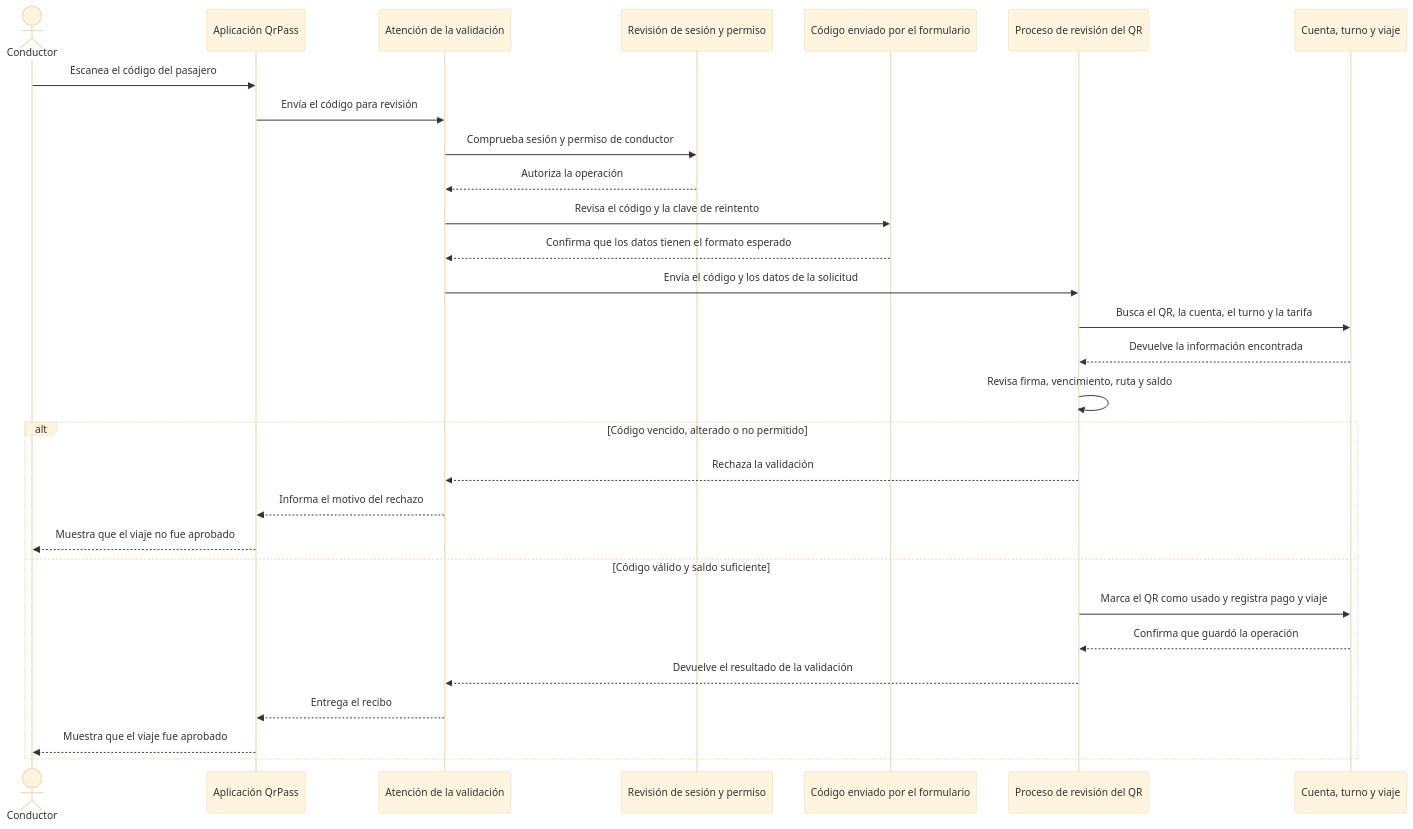
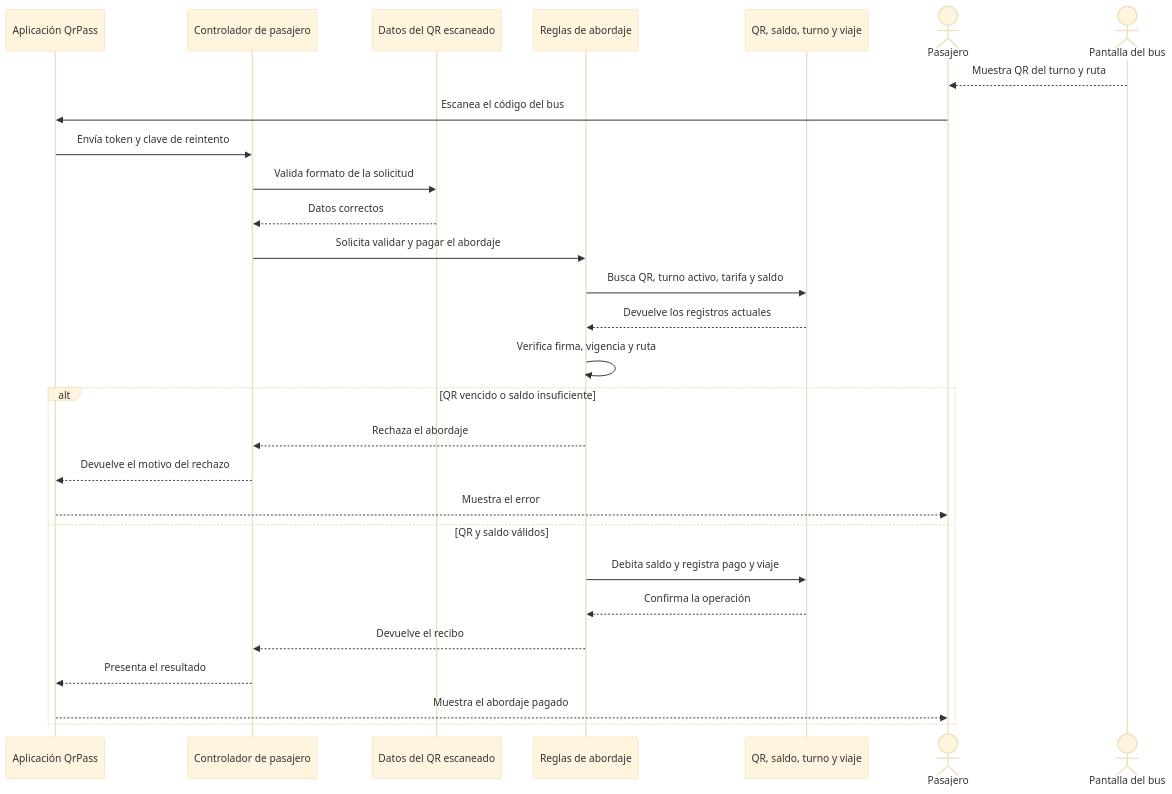
Before and after one commit to zNicolasDev/QrPass: the second of 4 diagrams in backend/docs/uml_mvc_y_entregables.md, drawn with Mermaid (base theme). The commit also changed other lines of this file and 17 other files, not shown here.

First line of the commit message:
Implementa pago con QR del bus y transbordo

````diff
--- a/backend/docs/uml_mvc_y_entregables.md
+++ b/backend/docs/uml_mvc_y_entregables.md
@@ -55,31 +54,30 @@
 ```mermaid
 sequenceDiagram
-    actor Conductor
     participant Aplicacion as Aplicación QrPass
-    participant Controlador as Atención de la validación
-    participant Acceso as Revisión de sesión y permiso
-    participant Solicitud as Código enviado por el formulario
-    participant Servicio as Proceso de revisión del QR
-    participant Datos as Cuenta, turno y viaje
-    Conductor->>Aplicacion: Escanea el código del pasajero
-    Aplicacion->>Controlador: Envía el código para revisión
-    Controlador->>Acceso: Comprueba sesión y permiso de conductor
-    Acceso-->>Controlador: Autoriza la operación
-    Controlador->>Solicitud: Revisa el código y la clave de reintento
-    Solicitud-->>Controlador: Confirma que los datos tienen el formato esperado
-    Controlador->>Servicio: Envía el código y los datos de la solicitud
-    Servicio->>Datos: Busca el QR, la cuenta, el turno y la tarifa
-    Datos-->>Servicio: Devuelve la información encontrada
-    Servicio->>Servicio: Revisa firma, vencimiento, ruta y saldo
-    alt Código vencido, alterado o no permitido
-        Servicio-->>Controlador: Rechaza la validación
-        Controlador-->>Aplicacion: Informa el motivo del rechazo
-        Aplicacion-->>Conductor: Muestra que el viaje no fue aprobado
-    else Código válido y saldo suficiente
-        Servicio->>Datos: Marca el QR como usado y registra pago y viaje
-        Datos-->>Servicio: Confirma que guardó la operación
-        Servicio-->>Controlador: Devuelve el resultado de la validación
-        Controlador-->>Aplicacion: Entrega el recibo
-        Aplicacion-->>Conductor: Muestra que el viaje fue aprobado
+    participant Controlador as Controlador de pasajero
+    participant DTO as Datos del QR escaneado
+    participant Servicio as Reglas de abordaje
+    participant Datos as QR, saldo, turno y viaje
+    actor Pasajero
+    actor Bus as Pantalla del bus
+    Bus-->>Pasajero: Muestra QR del turno y ruta
+    Pasajero->>Aplicacion: Escanea el código del bus
+    Aplicacion->>Controlador: Envía token y clave de reintento
+    Controlador->>DTO: Valida formato de la solicitud
+    DTO-->>Controlador: Datos correctos
+    Controlador->>Servicio: Solicita validar y pagar el abordaje
+    Servicio->>Datos: Busca QR, turno activo, tarifa y saldo
+    Datos-->>Servicio: Devuelve los registros actuales
+    Servicio->>Servicio: Verifica firma, vigencia y ruta
+    alt QR vencido o saldo insuficiente
+        Servicio-->>Controlador: Rechaza el abordaje
+        Controlador-->>Aplicacion: Devuelve el motivo del rechazo
+        Aplicacion-->>Pasajero: Muestra el error
+    else QR y saldo válidos
+        Servicio->>Datos: Debita saldo y registra pago y viaje
+        Datos-->>Servicio: Confirma la operación
+        Servicio-->>Controlador: Devuelve el recibo
+        Controlador-->>Aplicacion: Presenta el resultado
+        Aplicacion-->>Pasajero: Muestra el abordaje pagado
     end
 ```
````
